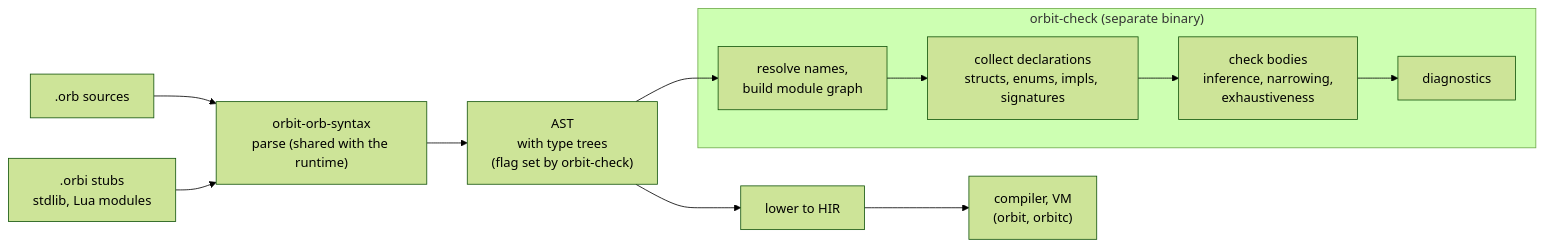
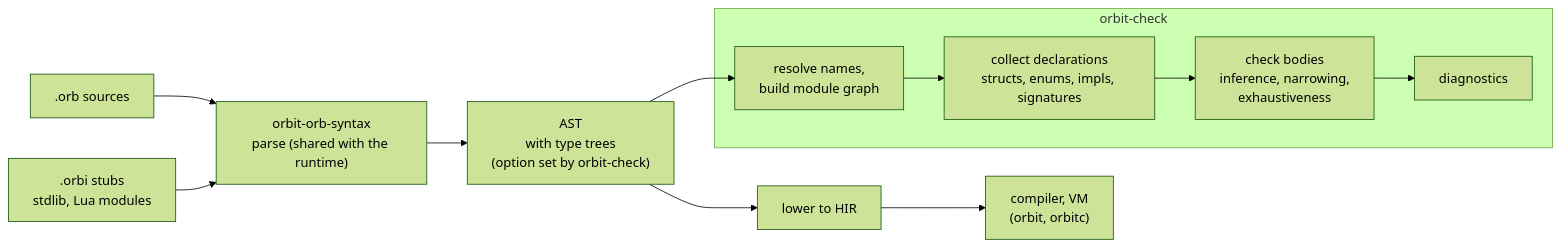
Before and after one commit to orbitscript-lang/OrbitScript: the diagram in docs/design/orbit-check/proposal.md, drawn with Mermaid (forest theme). The commit also changed other lines of this file and 61 other files, not shown here.

````diff
--- a/docs/design/orbit-check/proposal.md
+++ b/docs/design/orbit-check/proposal.md
@@ -32,18 +29,18 @@
 ```mermaid
 flowchart LR
     orb[".orb sources"] --> parse["orbit-orb-syntax<br/>parse (shared with the runtime)"]
-    parse --> ast["AST<br/>with type trees<br/>(flag set by orbit-check)"]
+    parse --> ast["AST<br/>with type trees<br/>(option set by orbit-check)"]
     ast --> lower["lower to HIR"] --> comp["compiler, VM<br/>(orbit, orbitc)"]
     ast --> resolve
     stubs[".orbi stubs<br/>stdlib, Lua modules"] --> parse
     resolve["resolve names,<br/>build module graph"]
     resolve --> decls["collect declarations<br/>structs, enums, impls, signatures"]
     decls --> bodies["check bodies<br/>inference, narrowing,<br/>exhaustiveness"]
     bodies --> diag["diagnostics"]
-    subgraph check["orbit-check (separate binary)"]
+    subgraph check["orbit-check"]
         resolve
         decls
         bodies
         diag
     end
 ```
````
